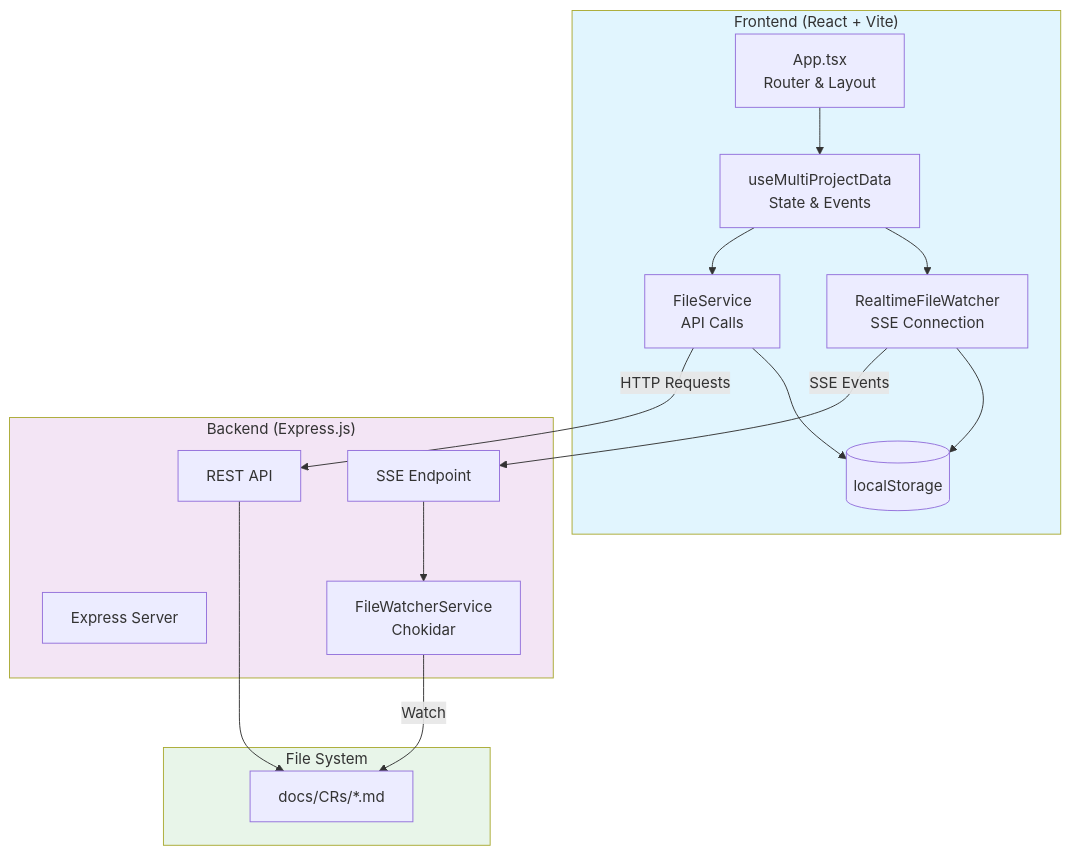
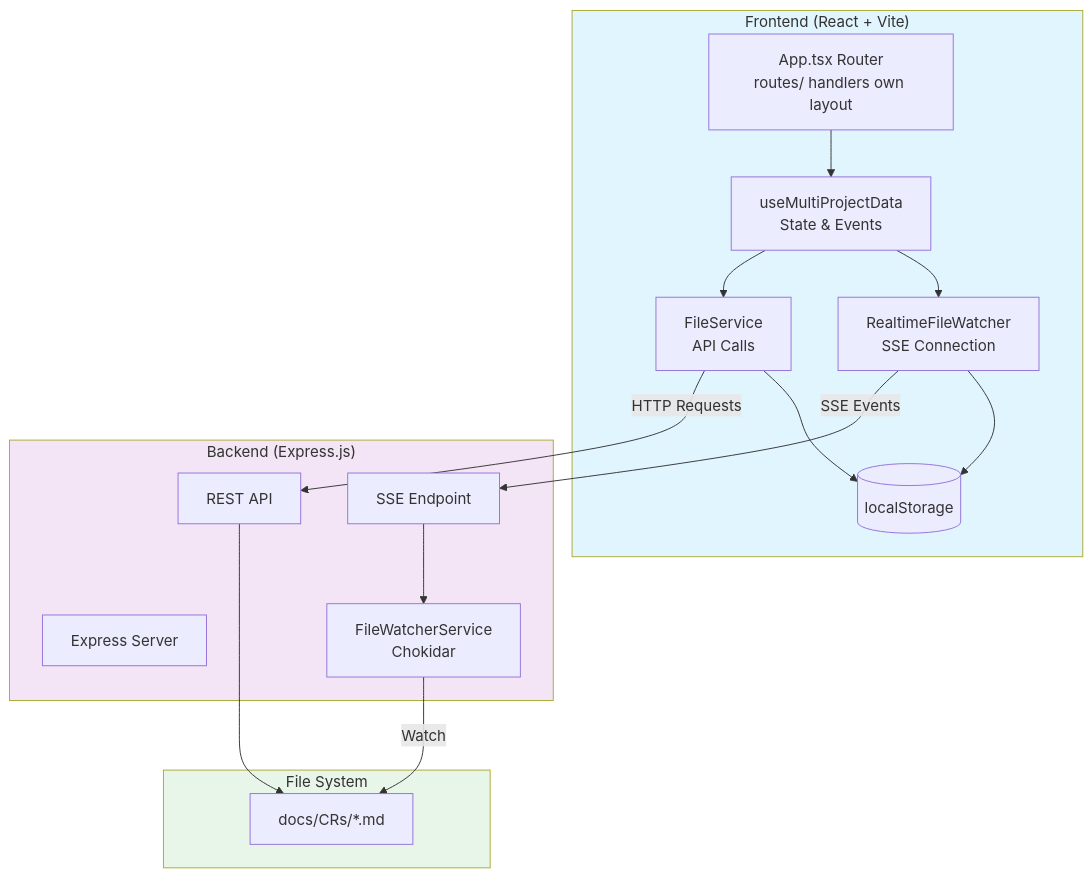
One commit to andkirby/markdown-ticket changed the second of 7 diagrams in docs/architecture/event-system/event-system-architecture.md. Above: the diagram before and after it, drawn with Mermaid. The commit also changed other lines of this file and 5 other files, not shown here.

First line of the commit message:
docs(architecture): add frontend routes model, fix stale App.tsx refs

````diff
--- a/docs/architecture/event-system/event-system-architecture.md
+++ b/docs/architecture/event-system/event-system-architecture.md
@@ -48,38 +48,38 @@
 ```mermaid
 graph TB
     subgraph Frontend["Frontend (React + Vite)"]
-        App[App.tsx<br/>Router & Layout]
+        App[App.tsx Router<br/>routes/ handlers own layout]
         Hook[useMultiProjectData<br/>State & Events]
         Watcher[RealtimeFileWatcher<br/>SSE Connection]
         FileService[FileService<br/>API Calls]
         LocalStorage[(localStorage)]
     end
 
     subgraph Backend["Backend (Express.js)"]
         Server[Express Server]
         SSE[SSE Endpoint]
         FileWatcherSvc[FileWatcherService<br/>Chokidar]
         API[REST API]
     end
 
     subgraph FileSystem["File System"]
         CRFiles[docs/CRs/*.md]
     end
 
     App --> Hook
     Hook --> Watcher
     Hook --> FileService
     Watcher --> LocalStorage
     FileService --> LocalStorage
 
     Watcher -->|SSE Events| SSE
     FileService -->|HTTP Requests| API
 
     SSE --> FileWatcherSvc
     API --> CRFiles
     FileWatcherSvc -->|Watch| CRFiles
 
     style Frontend fill:#e1f5fe
     style Backend fill:#f3e5f5
     style FileSystem fill:#e8f5e9
 ```
````
